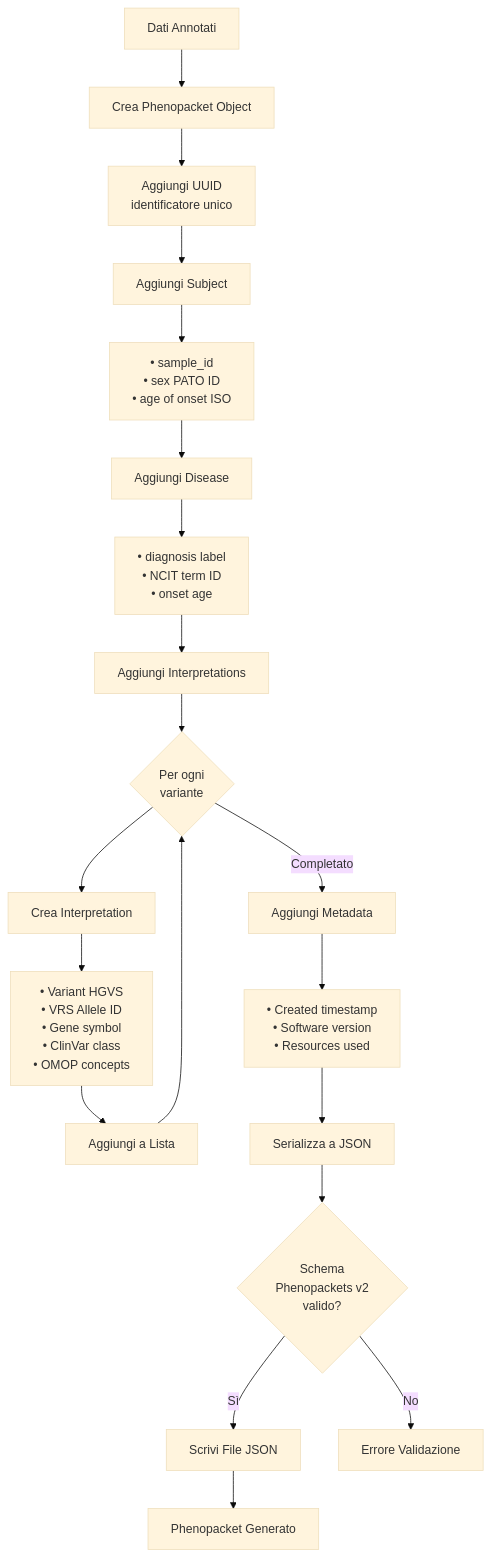
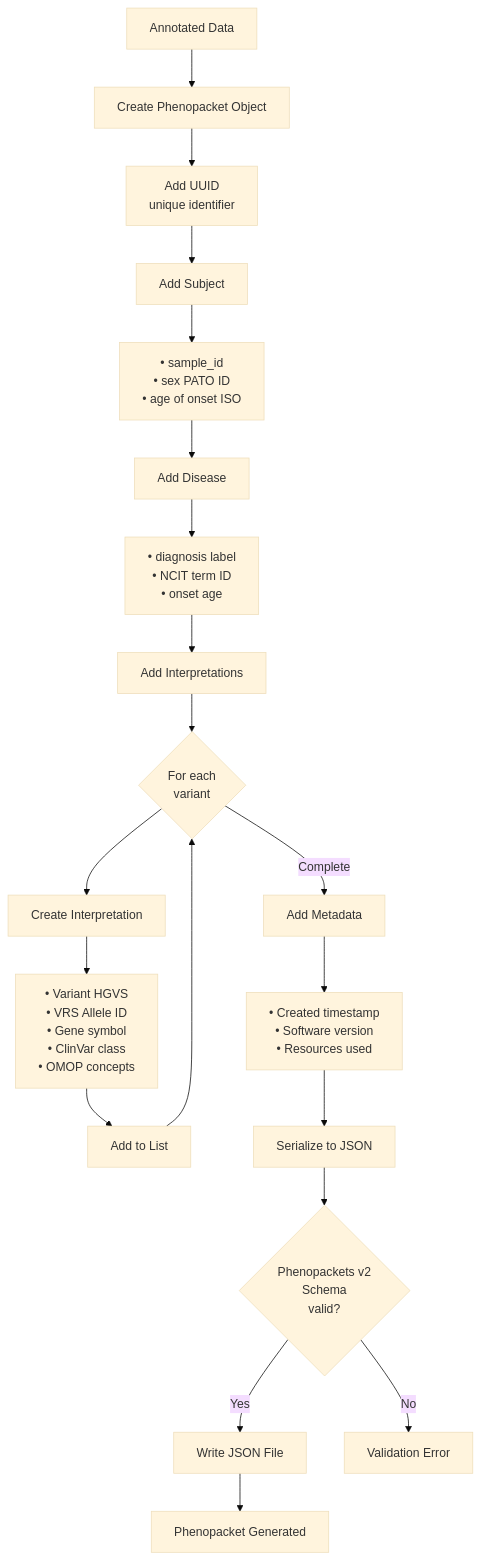
Before and after one commit to gbucci/koios_vrs: the fourth of 7 diagrams in FLOW_DIAGRAM.md, drawn with Mermaid (base theme). The commit also changed other lines of this file and 3 other files, not shown here.

First line of the commit message:
Translate flow diagram to English and rename 'Note' to 'Known'

````diff
--- a/FLOW_DIAGRAM.md
+++ b/FLOW_DIAGRAM.md
@@ -143,37 +143,37 @@
 ```mermaid
 flowchart TD
-    Start[Dati Annotati] --> CreatePacket[Crea Phenopacket Object]
+    Start[Annotated Data] --> CreatePacket[Create Phenopacket Object]
 
-    CreatePacket --> AddID[Aggiungi UUID<br/>identificatore unico]
+    CreatePacket --> AddID[Add UUID<br/>unique identifier]
 
-    AddID --> AddSubject[Aggiungi Subject]
+    AddID --> AddSubject[Add Subject]
     AddSubject --> SubjectFields[• sample_id<br/>• sex PATO ID<br/>• age of onset ISO]
 
-    SubjectFields --> AddDisease[Aggiungi Disease]
+    SubjectFields --> AddDisease[Add Disease]
     AddDisease --> DiseaseFields[• diagnosis label<br/>• NCIT term ID<br/>• onset age]
 
-    DiseaseFields --> AddInterpretations[Aggiungi Interpretations]
+    DiseaseFields --> AddInterpretations[Add Interpretations]
 
-    AddInterpretations --> LoopVariants{Per ogni<br/>variante}
+    AddInterpretations --> LoopVariants{For each<br/>variant}
 
-    LoopVariants --> CreateInterp[Crea Interpretation]
+    LoopVariants --> CreateInterp[Create Interpretation]
 
     CreateInterp --> InterpFields[• Variant HGVS<br/>• VRS Allele ID<br/>• Gene symbol<br/>• ClinVar class<br/>• OMOP concepts]
 
-    InterpFields --> AddToList[Aggiungi a Lista]
+    InterpFields --> AddToList[Add to List]
 
     AddToList --> LoopVariants
 
-    LoopVariants -->|Completato| AddMetadata[Aggiungi Metadata]
+    LoopVariants -->|Complete| AddMetadata[Add Metadata]
 
     AddMetadata --> MetadataFields[• Created timestamp<br/>• Software version<br/>• Resources used]
 
-    MetadataFields --> Serialize[Serializza a JSON]
+    MetadataFields --> Serialize[Serialize to JSON]
 
-    Serialize --> ValidateSchema{Schema<br/>Phenopackets v2<br/>valido?}
+    Serialize --> ValidateSchema{Phenopackets v2<br/>Schema<br/>valid?}
 
-    ValidateSchema -->|Sì| WriteFile[Scrivi File JSON]
-    ValidateSchema -->|No| Error[Errore Validazione]
+    ValidateSchema -->|Yes| WriteFile[Write JSON File]
+    ValidateSchema -->|No| Error[Validation Error]
 
-    WriteFile --> Complete[Phenopacket Generato]
+    WriteFile --> Complete[Phenopacket Generated]
 ```
````
